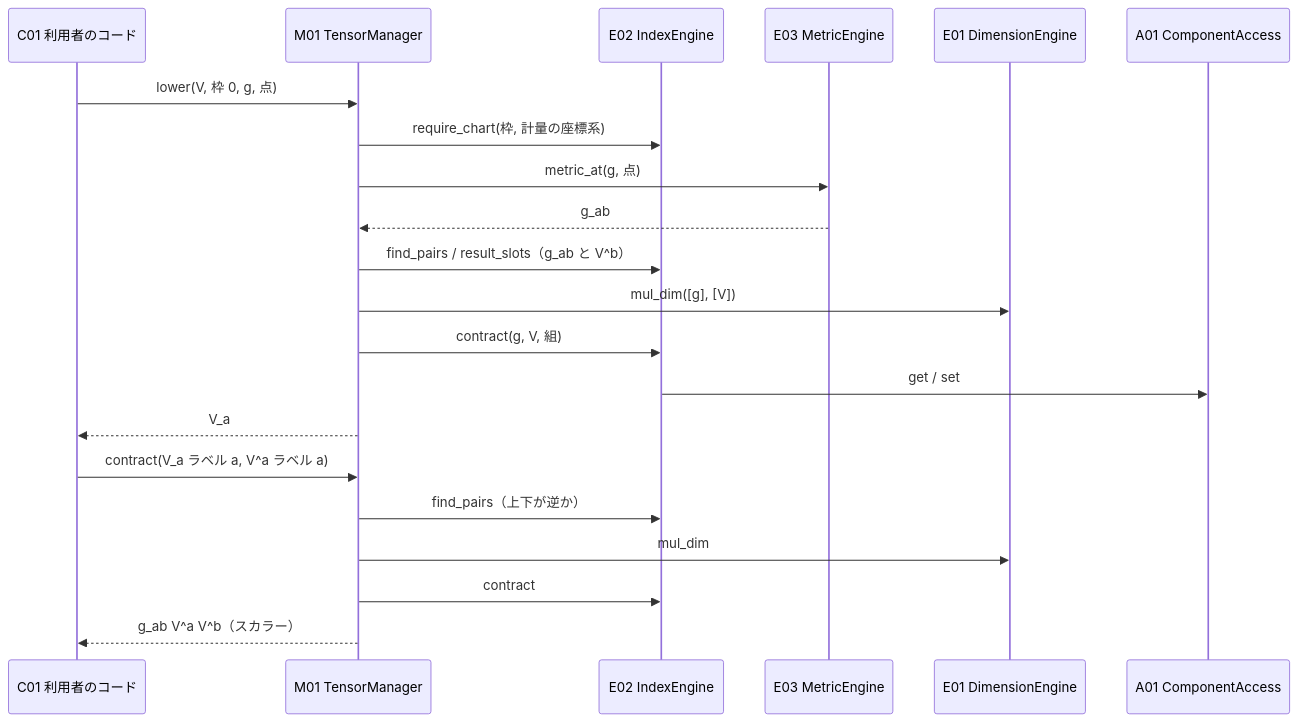
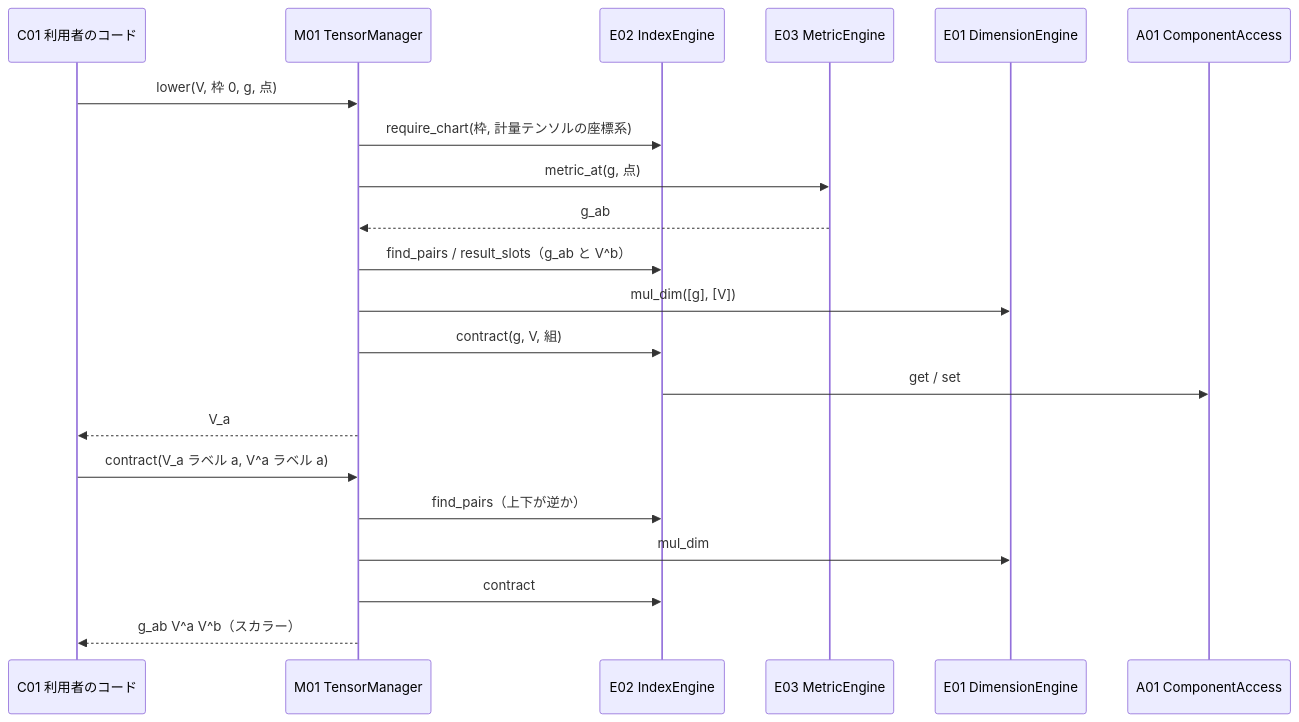
The first of 3 diagrams in docs/02_basic_internal.md (fukugyononuko/tensorcheck), drawn with Mermaid before and after one commit. The commit also changed other lines of this file and 5 other files, not shown here.

````diff
--- a/docs/02_basic_internal.md
+++ b/docs/02_basic_internal.md
@@ -257,23 +303,23 @@
 ```mermaid
 sequenceDiagram
   participant C as C01 利用者のコード
   participant M as M01 TensorManager
   participant I as E02 IndexEngine
   participant G as E03 MetricEngine
   participant D as E01 DimensionEngine
   participant A as A01 ComponentAccess
   C->>M: lower(V, 枠 0, g, 点)
-  M->>I: require_chart(枠, 計量の座標系)
+  M->>I: require_chart(枠, 計量テンソルの座標系)
   M->>G: metric_at(g, 点)
   G-->>M: g_ab
   M->>I: find_pairs / result_slots（g_ab と V^b）
   M->>D: mul_dim([g], [V])
   M->>I: contract(g, V, 組)
   I->>A: get / set
   M-->>C: V_a
   C->>M: contract(V_a ラベル a, V^a ラベル a)
   M->>I: find_pairs（上下が逆か）
   M->>D: mul_dim
   M->>I: contract
   M-->>C: g_ab V^a V^b（スカラー）
 ```
````
